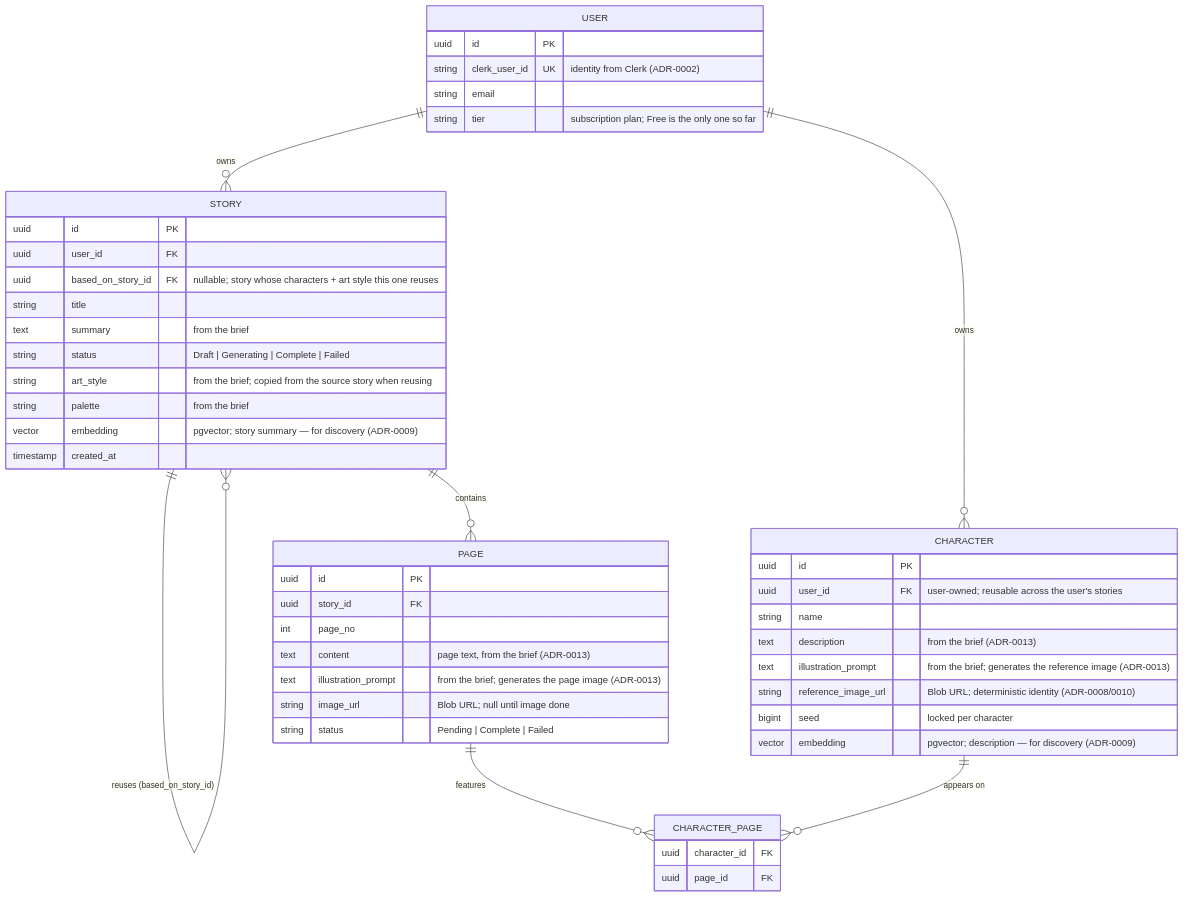
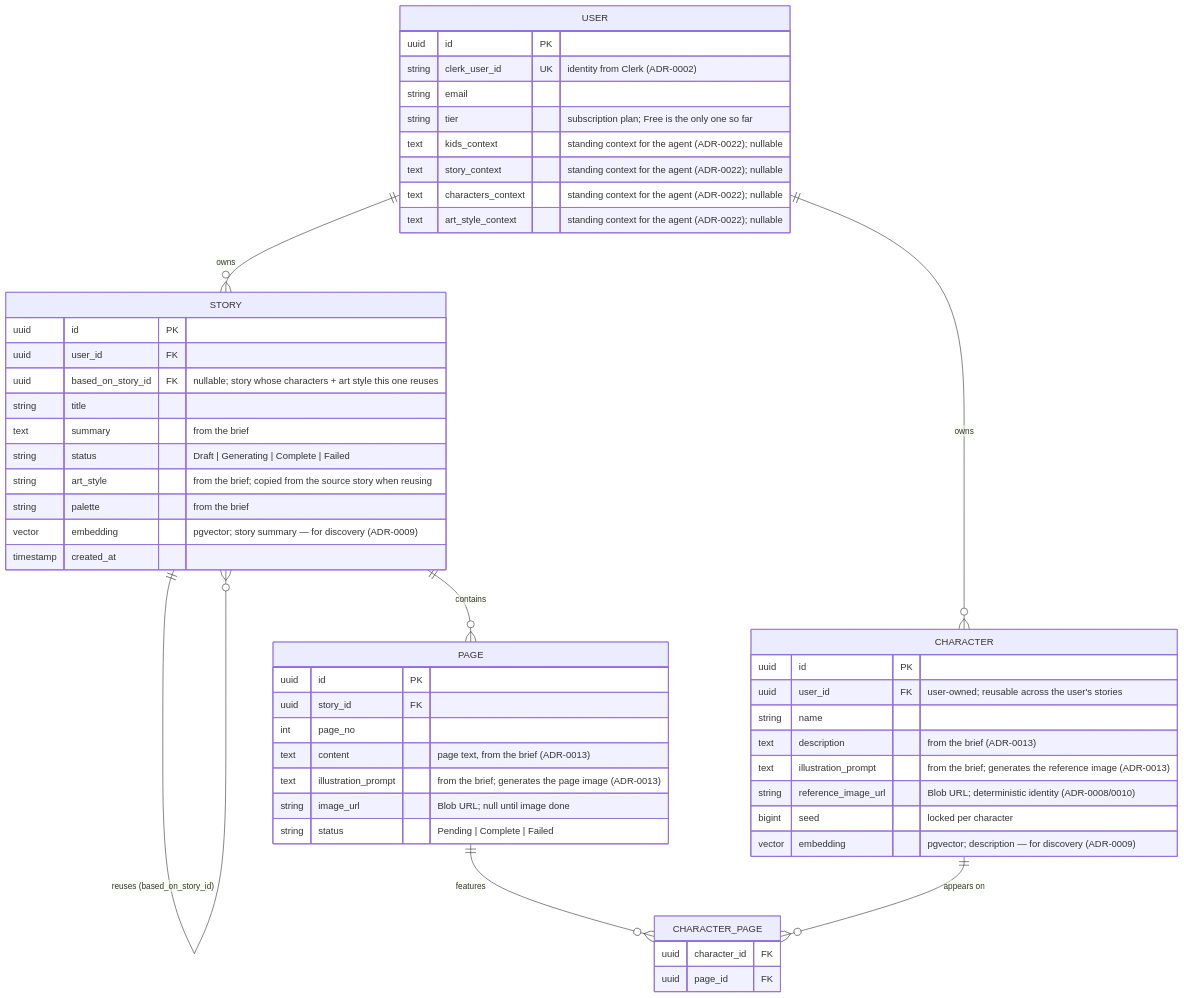
The diagram in docs/diagrams/er-diagram.md (Luega/story_walker), drawn with Mermaid before and after one commit. The commit also changed other lines of this file and 2 other files, not shown here.

Commit message:
DOCS: - add ADR-0022 on standing user context in the agent's prompt.
Records the three decisions the feature rests on and, more usefully, the
three it rejected: structured fields over free text, skipping what the
settings already answer rather than confirming it, and re-reading the
settings every turn instead of freezing at Seq 0. A fourth rejected
option is the one a reader is most likely to propose - a context
snapshot column on Conversation - so it says why Seq 0 already is that
snapshot and why the authoring pass is fed the confirmed plan instead.

It is honest about the injection surface: delimiters, framing, the cap
and stripping the sentinel are mitigations, not a guarantee, and what
makes the trade acceptable is that the blast radius is the user's own
conversation.

It also notes that the account-deletion gap ADR-0021 already flagged now
has personal context attached to it rather than just an email address,
which raises its priority before go-live.

The ER diagram gains the four columns and a note on the freezing rule.
Its CHARACTER and embedding blocks were already stale after ADR-0019;
that is left alone rather than widened into this change.

````diff
--- a/docs/diagrams/er-diagram.md
+++ b/docs/diagrams/er-diagram.md
@@ -12,55 +12,59 @@
 ```mermaid
 erDiagram
     USER      ||--o{ STORY : owns
     USER      ||--o{ CHARACTER : owns
     STORY     ||--o{ STORY : "reuses (based_on_story_id)"
     STORY     ||--o{ PAGE : contains
     PAGE      ||--o{ CHARACTER_PAGE : features
     CHARACTER ||--o{ CHARACTER_PAGE : "appears on"
 
     USER {
         uuid id PK
         string clerk_user_id UK "identity from Clerk (ADR-0002)"
         string email
         string tier "subscription plan; Free is the only one so far"
+        text kids_context "standing context for the agent (ADR-0022); nullable"
+        text story_context "standing context for the agent (ADR-0022); nullable"
+        text characters_context "standing context for the agent (ADR-0022); nullable"
+        text art_style_context "standing context for the agent (ADR-0022); nullable"
     }
 
     STORY {
         uuid id PK
         uuid user_id FK
         uuid based_on_story_id FK "nullable; story whose characters + art style this one reuses"
         string title
         text summary "from the brief"
         string status "Draft | Generating | Complete | Failed"
         string art_style "from the brief; copied from the source story when reusing"
         string palette "from the brief"
         vector embedding "pgvector; story summary — for discovery (ADR-0009)"
         timestamp created_at
     }
 
     CHARACTER {
         uuid id PK
         uuid user_id FK "user-owned; reusable across the user's stories"
         string name
         text description "from the brief (ADR-0013)"
         text illustration_prompt "from the brief; generates the reference image (ADR-0013)"
         string reference_image_url "Blob URL; deterministic identity (ADR-0008/0010)"
         bigint seed "locked per character"
         vector embedding "pgvector; description — for discovery (ADR-0009)"
     }
 
     PAGE {
         uuid id PK
         uuid story_id FK
         int page_no
         text content "page text, from the brief (ADR-0013)"
         text illustration_prompt "from the brief; generates the page image (ADR-0013)"
         string image_url "Blob URL; null until image done"
         string status "Pending | Complete | Failed"
     }
 
     CHARACTER_PAGE {
         uuid character_id FK
         uuid page_id FK
     }
 ```
````
